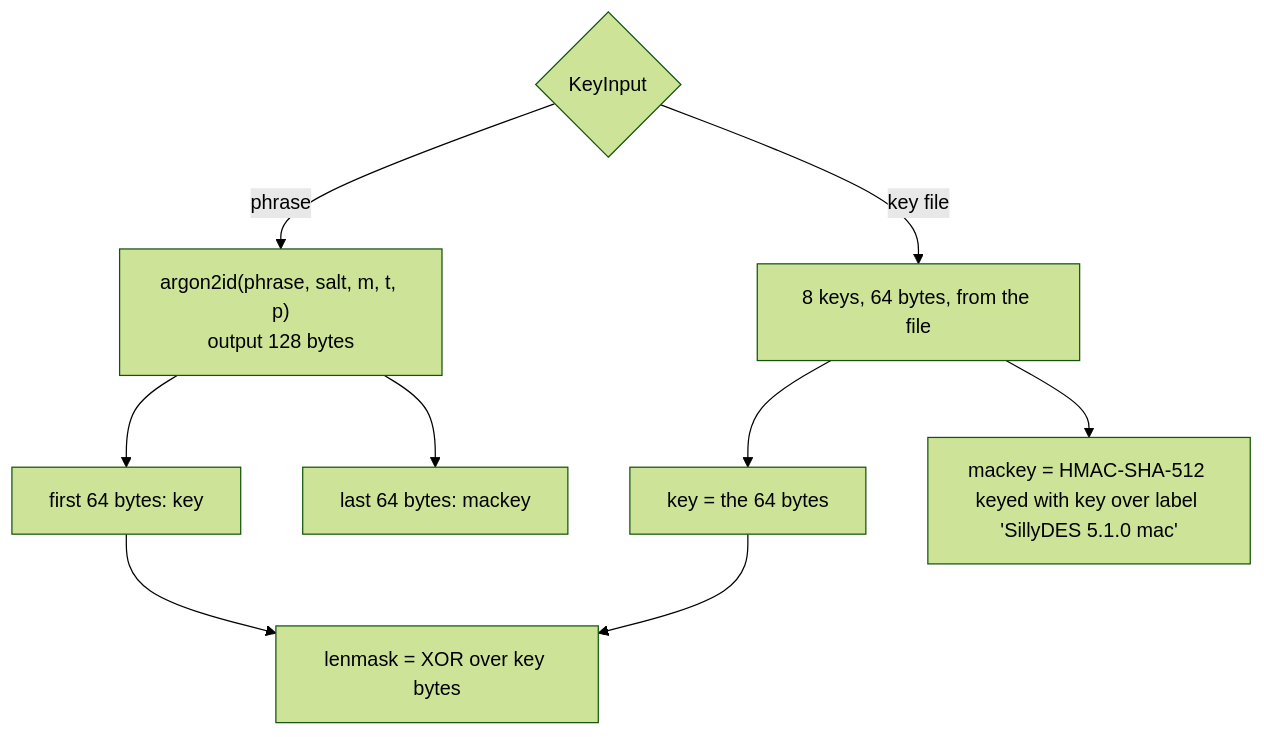
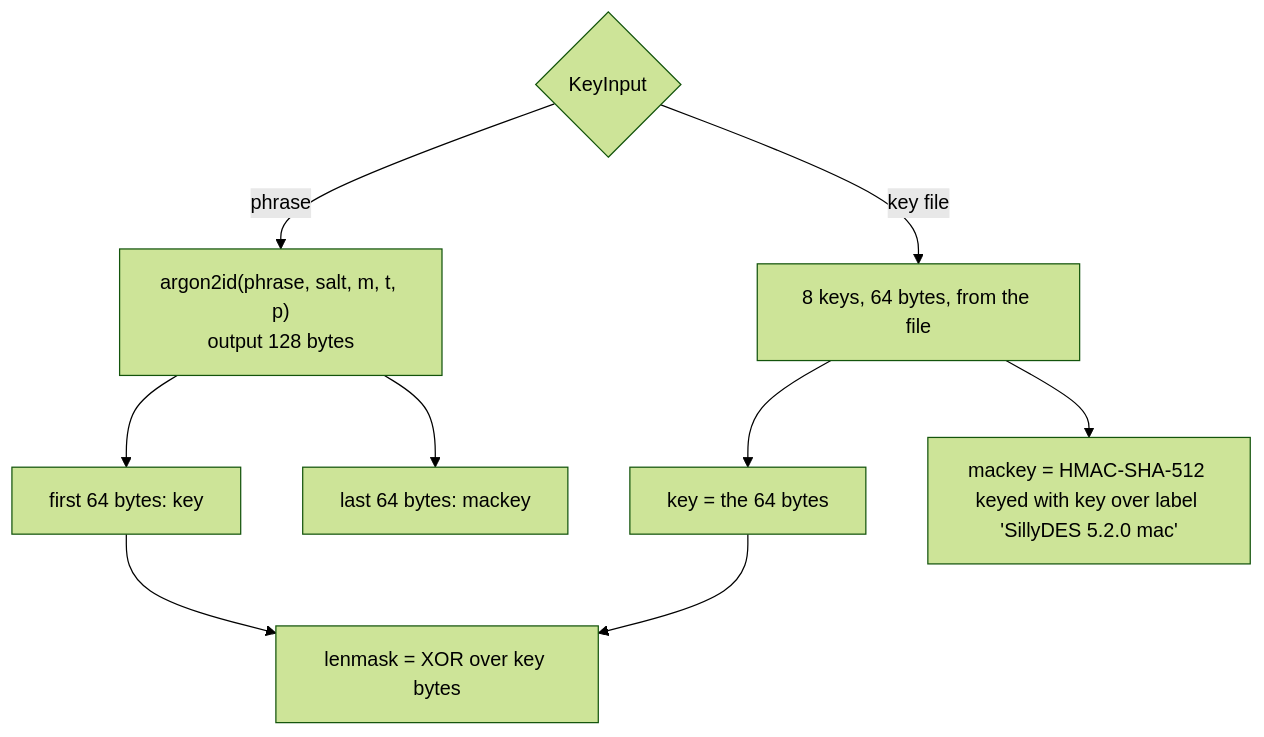
One commit to avw1ein/sillydes changed the sixth of 10 diagrams in STRUCTURE.md. Above: the diagram before and after it, drawn with Mermaid (forest theme). The commit also changed other lines of this file and 30 other files, not shown here.

````diff
--- a/STRUCTURE.md
+++ b/STRUCTURE.md
@@ -278,11 +284,11 @@
 ```mermaid
 flowchart TD
     in{"KeyInput"} -- phrase --> sc["argon2id(phrase, salt, m, t, p)<br/>output 128 bytes"]
     in -- key file --> kf["8 keys, 64 bytes, from the file"]
     sc --> k1["first 64 bytes: key"]
     sc --> k2["last 64 bytes: mackey"]
     kf --> k3["key = the 64 bytes"]
-    kf --> hm["mackey = HMAC-SHA-512 keyed with key over label 'SillyDES 5.1.0 mac'"]
+    kf --> hm["mackey = HMAC-SHA-512 keyed with key over label 'SillyDES 5.2.0 mac'"]
     k1 --> lm["lenmask = XOR over key bytes"]
     k3 --> lm
 ```
````
